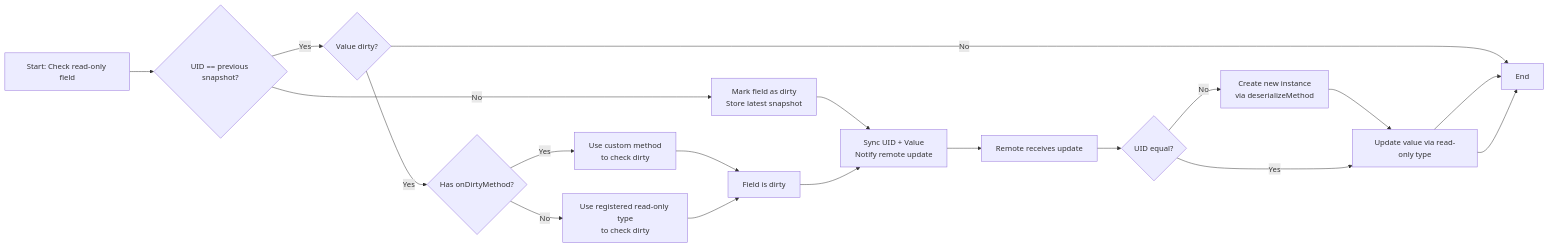
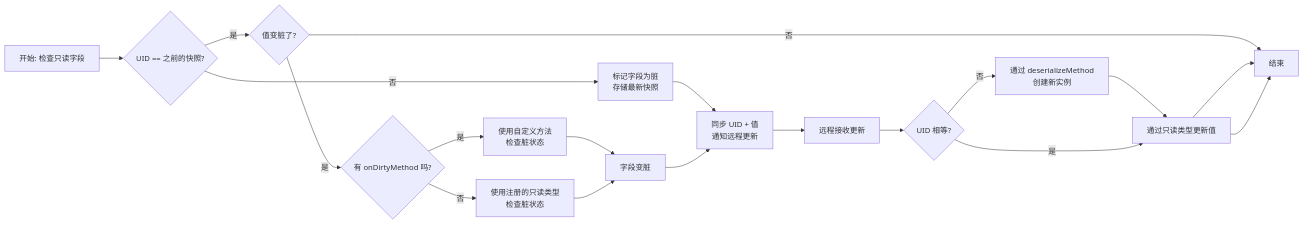
The diagram in docs/zh/ldlib2/sync/annotations.md (MineYuanlu/LowDragMC-Doc), drawn with Mermaid before and after one commit. The commit also changed other lines of this file and 17 other files, not shown here.

````diff
--- a/docs/zh/ldlib2/sync/annotations.md
+++ b/docs/zh/ldlib2/sync/annotations.md
@@ -149,27 +149,27 @@
 ```mermaid
 flowchart LR
 
-    A[Start: Check read-only field] --> B{UID == previous snapshot?}
+    A[开始: 检查只读字段] --> B{UID == 之前的快照?}
 
-    %% Step 1
-    B -- No --> C[Mark field as dirty<br/>Store latest snapshot] --> D[Sync UID + Value<br/>Notify remote update]
-    B -- Yes --> E{Value dirty?}
+    %% 步骤 1
+    B -- 否 --> C[标记字段为脏<br/>存储最新快照] --> D[同步 UID + 值<br/>通知远程更新]
+    B -- 是 --> E{值变脏了?}
 
-    %% Step 2
-    E -- No --> Z[End]
-    E -- Yes --> F{Has onDirtyMethod?}
+    %% 步骤 2
+    E -- 否 --> Z[结束]
+    E -- 是 --> F{有 onDirtyMethod 吗?}
 
-    F -- Yes --> G[Use custom method<br/>to check dirty]
-    F -- No --> H[Use registered read-only type<br/>to check dirty]
+    F -- 是 --> G[使用自定义方法<br/>检查脏状态]
+    F -- 否 --> H[使用注册的只读类型<br/>检查脏状态]
 
-    %% Step 3
-    G --> I[Field is dirty] --> D
+    %% 步骤 3
+    G --> I[字段变脏] --> D
     H --> I
 
-    %% Remote side
-    D --> R[Remote receives update] --> S{UID equal?}
+    %% 远程端
+    D --> R[远程接收更新] --> S{UID 相等?}
 
-    %% Step 4
-    S -- No --> T[Create new instance<br/>via deserializeMethod] --> U[Update value via read-only type] --> Z
-    S -- Yes --> U --> Z
+    %% 步骤 4
+    S -- 否 --> T[通过 deserializeMethod<br/>创建新实例] --> U[通过只读类型更新值] --> Z
+    S -- 是 --> U --> Z
 ```
````
